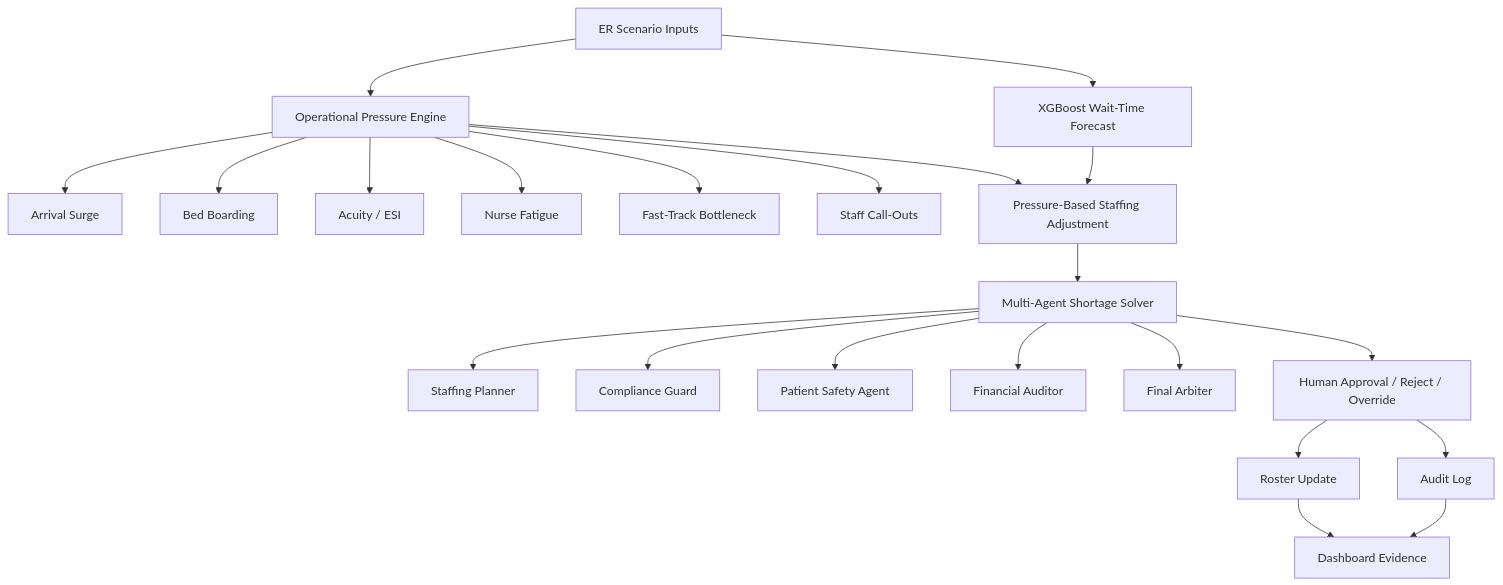
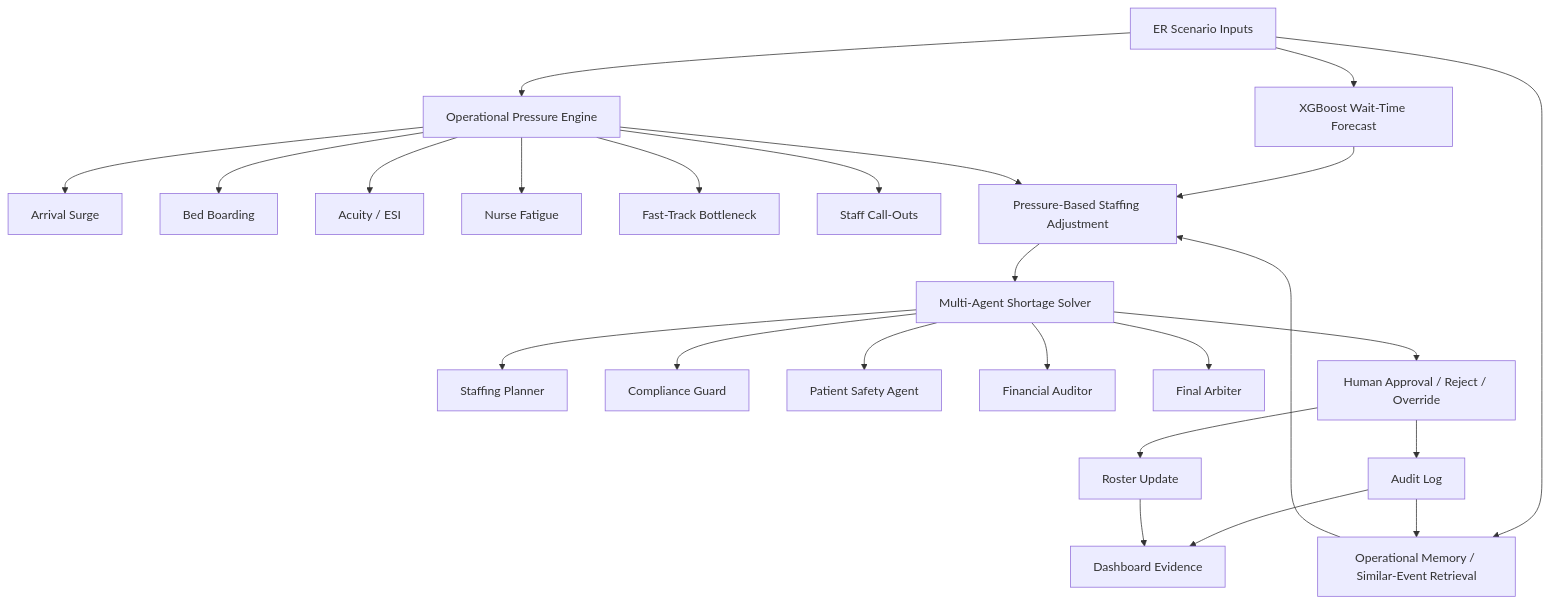
The first of 2 diagrams in README.md (draculess99/SafeStaff_AI), drawn with Mermaid before and after one commit. The commit also changed other lines of this file, not shown here.

````diff
--- a/README.md
+++ b/README.md
@@ -167,29 +167,32 @@
 ```mermaid
 flowchart TD
     A[ER Scenario Inputs] --> B[XGBoost Wait-Time Forecast]
     A --> C[Operational Pressure Engine]
+    A --> M[Operational Memory / Similar-Event Retrieval]
 
     C --> C1[Arrival Surge]
     C --> C2[Bed Boarding]
     C --> C3[Acuity / ESI]
     C --> C4[Nurse Fatigue]
     C --> C5[Fast-Track Bottleneck]
     C --> C6[Staff Call-Outs]
 
     B --> D[Pressure-Based Staffing Adjustment]
     C --> D
+    M --> D
 
     D --> E[Multi-Agent Shortage Solver]
     E --> E1[Staffing Planner]
     E --> E2[Compliance Guard]
     E --> E3[Patient Safety Agent]
     E --> E4[Financial Auditor]
     E --> E5[Final Arbiter]
 
     E --> F[Human Approval / Reject / Override]
     F --> G[Roster Update]
     F --> H[Audit Log]
 
     H --> I[Dashboard Evidence]
     G --> I
+    H --> M
 ```
````
